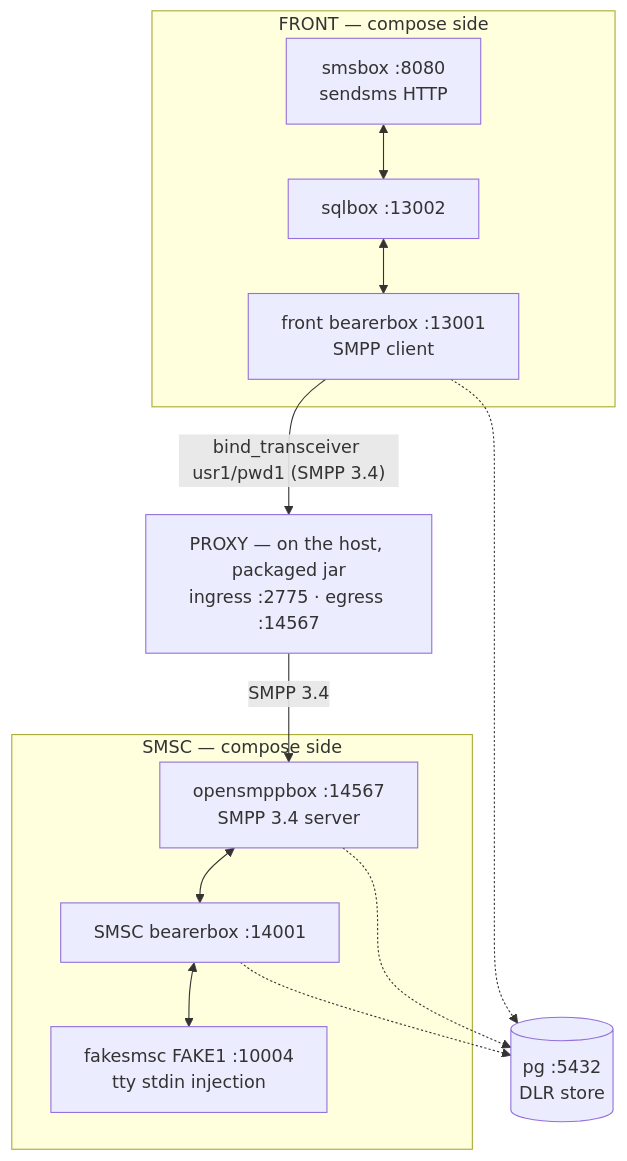
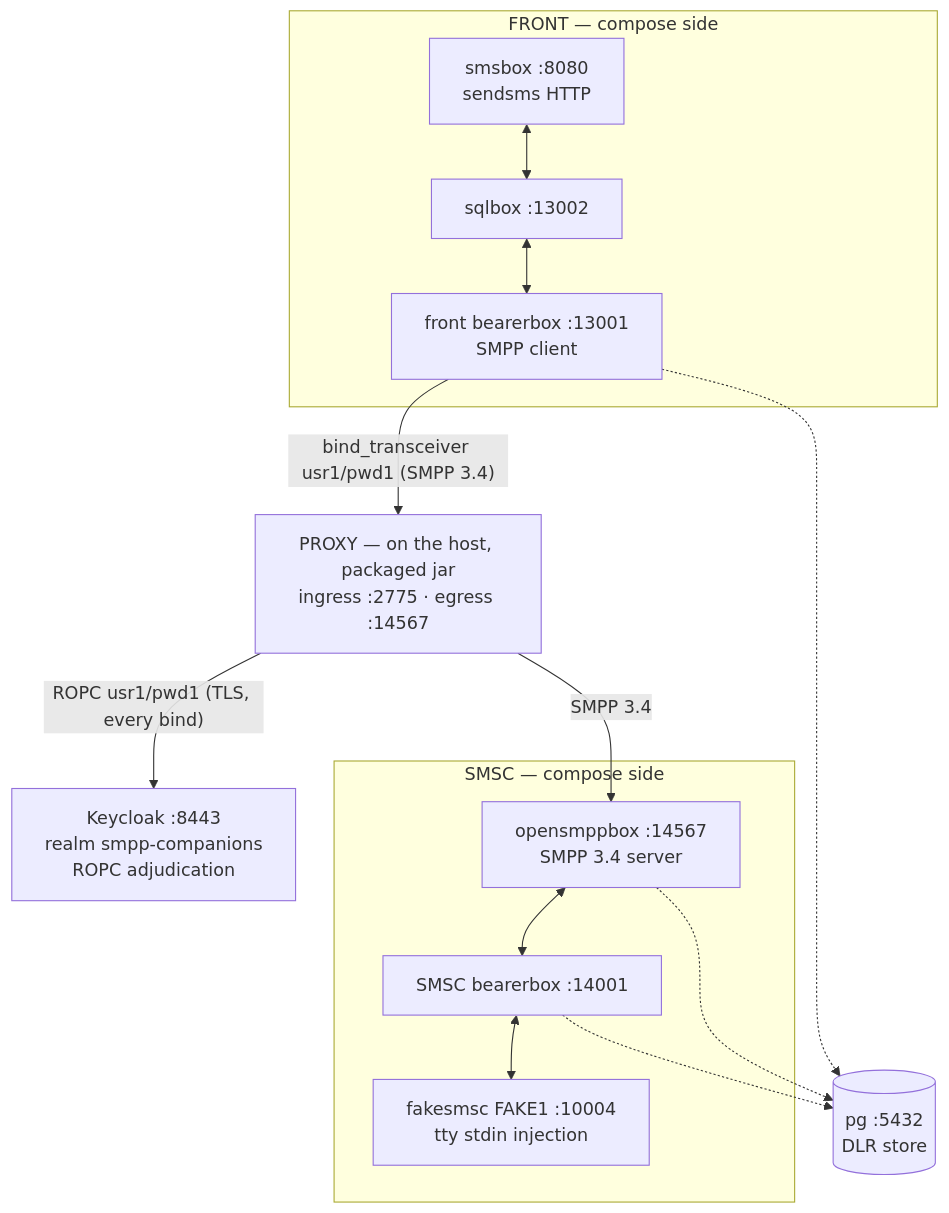
One commit to ildarsharafutdinov/smpp-companions changed the diagram in sandbox/README.md. Above: the diagram before and after it, drawn with Mermaid. The commit also changed other lines of this file and 9 other files, not shown here.

````diff
--- a/sandbox/README.md
+++ b/sandbox/README.md
@@ -26,28 +28,30 @@
 ```mermaid
 flowchart TD
     subgraph front["FRONT — compose side"]
         smsbox["smsbox :8080<br/>sendsms HTTP"]
         sqlbox["sqlbox :13002"]
         fbearer["front bearerbox :13001<br/>SMPP client"]
     end
 
     proxy["PROXY — on the host, packaged jar<br/>ingress :2775 · egress :14567"]
 
     subgraph smsc["SMSC — compose side"]
         osmpp["opensmppbox :14567<br/>SMPP 3.4 server"]
         sbearer["SMSC bearerbox :14001"]
         fake["fakesmsc FAKE1 :10004<br/>tty stdin injection"]
     end
 
+    keycloak["Keycloak :8443<br/>realm smpp-companions<br/>ROPC adjudication"]
     pg[("pg :5432<br/>DLR store")]
 
     smsbox <--> sqlbox
     sqlbox <--> fbearer
     fbearer -- "bind_transceiver usr1/pwd1 (SMPP 3.4)" --> proxy
+    proxy -- "ROPC usr1/pwd1 (TLS, every bind)" --> keycloak
     proxy -- "SMPP 3.4" --> osmpp
     osmpp <--> sbearer
     sbearer <--> fake
     fbearer -.-> pg
     osmpp -.-> pg
     sbearer -.-> pg
 ```
````
